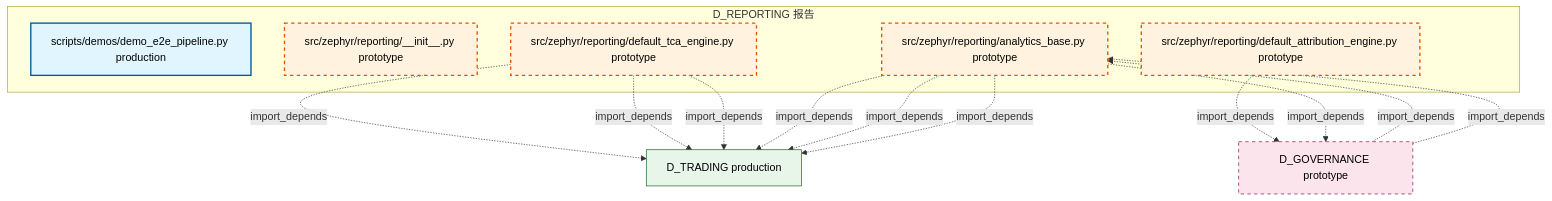
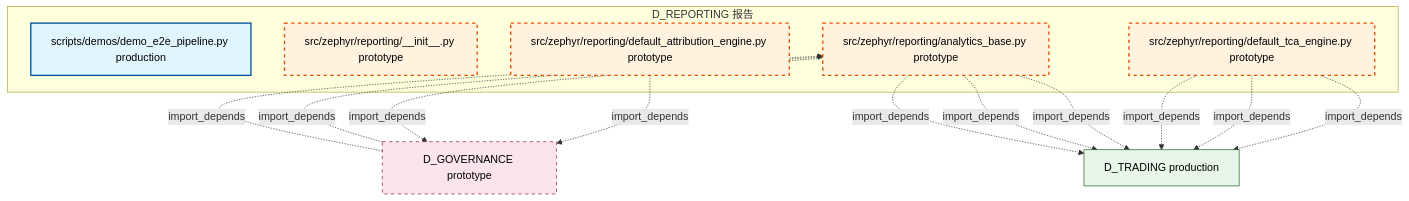
One commit to xuanFelixVan/ZephyrAlpha changed the diagram in docs/02_enterprise_architecture/02_domain_architecture_docs/17_d_reporting.md. Above: the diagram before and after it, drawn with Mermaid. The commit also changed other lines of this file and 105 other files, not shown here.

````diff
--- a/docs/02_enterprise_architecture/02_domain_architecture_docs/17_d_reporting.md
+++ b/docs/02_enterprise_architecture/02_domain_architecture_docs/17_d_reporting.md
@@ -47,30 +47,30 @@
 ```mermaid
 graph TD
     subgraph D_REPORTING["D_REPORTING 报告"]
         scripts_demos_demo_e2e_pipeline_py["scripts/demos/demo_e2e_pipeline.py production"]
         src_zephyr_reporting_init_py["src/zephyr/reporting/__init__.py prototype"]
         src_zephyr_reporting_analytics_base_py["src/zephyr/reporting/analytics_base.py prototype"]
         src_zephyr_reporting_default_attribution_engine_py["src/zephyr/reporting/default_attribution_engine.py prototype"]
         src_zephyr_reporting_default_tca_engine_py["src/zephyr/reporting/default_tca_engine.py prototype"]
     end
     D_GOVERNANCE["D_GOVERNANCE prototype"]
     src_zephyr_reporting_default_attribution_engine_py -.->|import_depends| D_GOVERNANCE
     D_TRADING["D_TRADING production"]
     src_zephyr_reporting_default_tca_engine_py -.->|import_depends| D_TRADING
     src_zephyr_reporting_default_tca_engine_py -.->|import_depends| D_TRADING
     src_zephyr_reporting_default_tca_engine_py -.->|import_depends| D_TRADING
+    src_zephyr_reporting_analytics_base_py -.->|import_depends| D_GOVERNANCE
     src_zephyr_reporting_analytics_base_py -.->|import_depends| D_TRADING
     src_zephyr_reporting_analytics_base_py -.->|import_depends| D_TRADING
     src_zephyr_reporting_analytics_base_py -.->|import_depends| D_TRADING
-    src_zephyr_reporting_analytics_base_py -.->|import_depends| D_GOVERNANCE
     D_GOVERNANCE -.->|import_depends| src_zephyr_reporting_analytics_base_py
     D_GOVERNANCE -.->|import_depends| src_zephyr_reporting_analytics_base_py
     classDef production fill:#e1f5fe,stroke:#01579b,stroke-width:2px,color:#000
     classDef design fill:#fff3e0,stroke:#e65100,stroke-width:2px,color:#000,stroke-dasharray: 5 5
     classDef external_prod fill:#e8f5e9,stroke:#1b5e20,stroke-width:1px,color:#000
     classDef external_design fill:#fce4ec,stroke:#880e4f,stroke-width:1px,color:#000,stroke-dasharray: 5 5
     class scripts_demos_demo_e2e_pipeline_py production
     class src_zephyr_reporting_init_py,src_zephyr_reporting_analytics_base_py,src_zephyr_reporting_default_attribution_engine_py,src_zephyr_reporting_default_tca_engine_py design
     class D_TRADING external_prod
     class D_GOVERNANCE external_design
 ```
````
